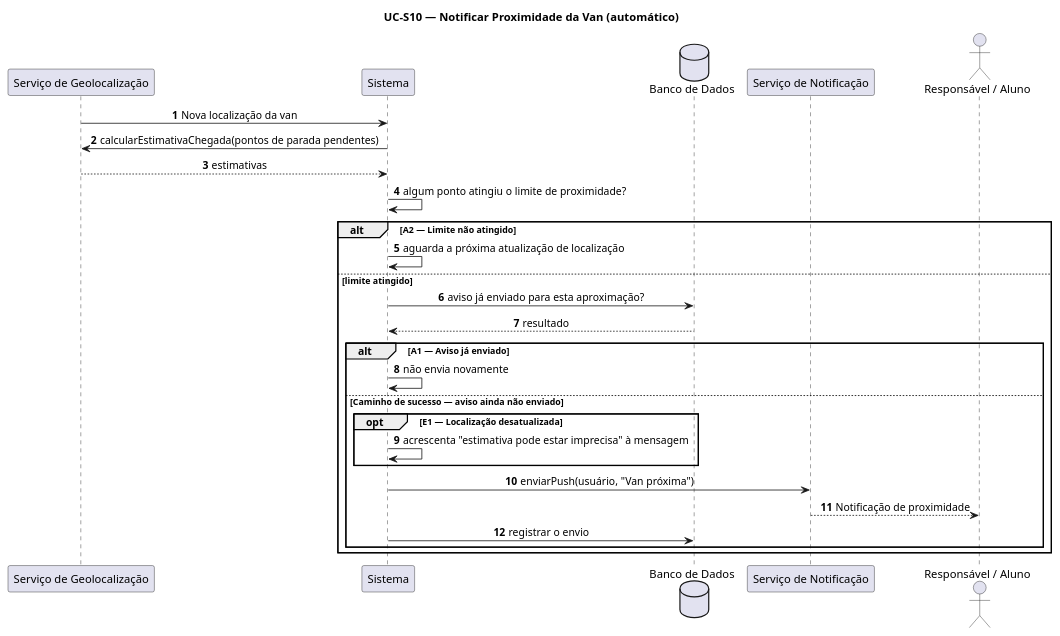
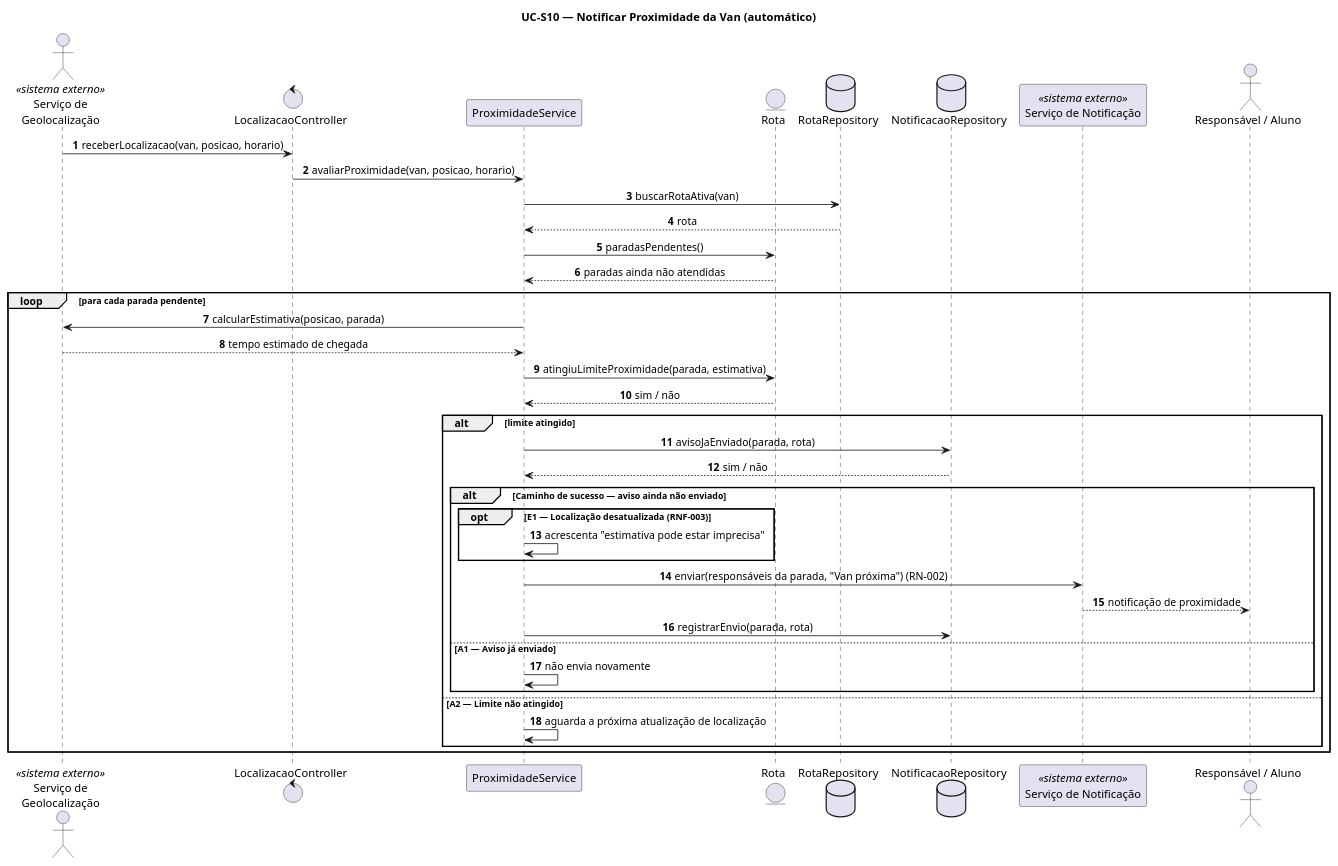
Before and after one commit to luisgustavoribeirodefreitas/VanTrack: the diagram in documentos/atividade-04/scripts/UC-S10.puml, drawn with PlantUML. The commit also changed 63 other files, not shown here.

```diff
--- a/documentos/atividade-04/scripts/UC-S10.puml
+++ b/documentos/atividade-04/scripts/UC-S10.puml
@@ -1,34 +1,47 @@
 @startuml UC-S10
 title UC-S10 — Notificar Proximidade da Van (automático)
 skinparam sequenceMessageAlign center
+skinparam responseMessageBelowArrow true
 autonumber
 
-participant "Serviço de Geolocalização" as Geo
-participant "Sistema" as S
-database "Banco de Dados" as DB
-participant "Serviço de Notificação" as Push
+actor "Serviço de\nGeolocalização" as Geo <<sistema externo>>
+control "LocalizacaoController" as C
+participant "ProximidadeService" as S
+entity "Rota" as R
+database "RotaRepository" as RRepo
+database "NotificacaoRepository" as NRepo
+participant "Serviço de Notificação" as Push <<sistema externo>>
 actor "Responsável / Aluno" as U
 
-Geo -> S : Nova localização da van
-S -> Geo : calcularEstimativaChegada(pontos de parada pendentes)
-Geo --> S : estimativas
-S -> S : algum ponto atingiu o limite de proximidade?
+Geo -> C : receberLocalizacao(van, posicao, horario)
+C -> S : avaliarProximidade(van, posicao, horario)
+S -> RRepo : buscarRotaAtiva(van)
+RRepo --> S : rota
+S -> R : paradasPendentes()
+R --> S : paradas ainda não atendidas
 
-alt A2 — Limite não atingido
-    S -> S : aguarda a próxima atualização de localização
-else limite atingido
-    S -> DB : aviso já enviado para esta aproximação?
-    DB --> S : resultado
+loop para cada parada pendente
+    S -> Geo : calcularEstimativa(posicao, parada)
+    Geo --> S : tempo estimado de chegada
+    S -> R : atingiuLimiteProximidade(parada, estimativa)
+    R --> S : sim / não
 
-    alt A1 — Aviso já enviado
-        S -> S : não envia novamente
-    else Caminho de sucesso — aviso ainda não enviado
-        opt E1 — Localização desatualizada
-            S -> S : acrescenta "estimativa pode estar imprecisa" à mensagem
+    alt limite atingido
+        S -> NRepo : avisoJaEnviado(parada, rota)
+        NRepo --> S : sim / não
+
+        alt Caminho de sucesso — aviso ainda não enviado
+            opt E1 — Localização desatualizada (RNF-003)
+                S -> S : acrescenta "estimativa pode estar imprecisa"
+            end
+            S -> Push : enviar(responsáveis da parada, "Van próxima") (RN-002)
+            Push --> U : notificação de proximidade
+            S -> NRepo : registrarEnvio(parada, rota)
+        else A1 — Aviso já enviado
+            S -> S : não envia novamente
         end
-        S -> Push : enviarPush(usuário, "Van próxima")
-        Push --> U : Notificação de proximidade
-        S -> DB : registrar o envio
+    else A2 — Limite não atingido
+        S -> S : aguarda a próxima atualização de localização
     end
 end
 @enduml
```
